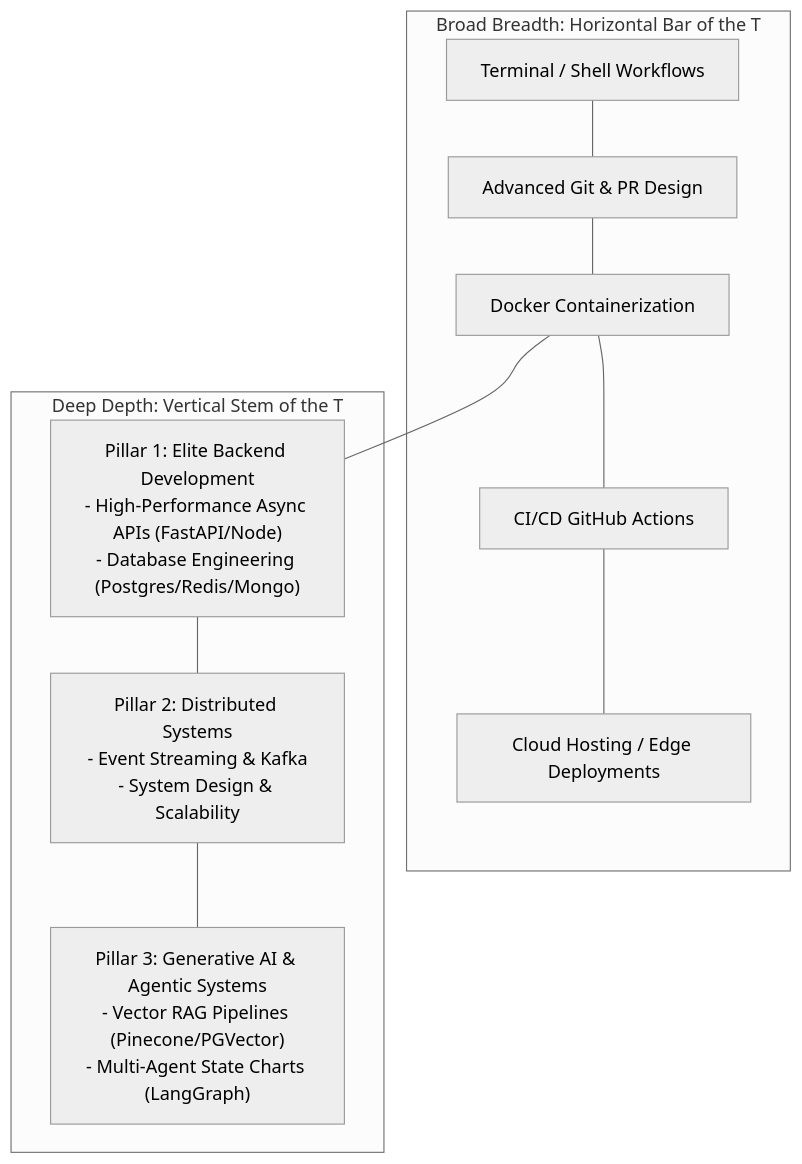
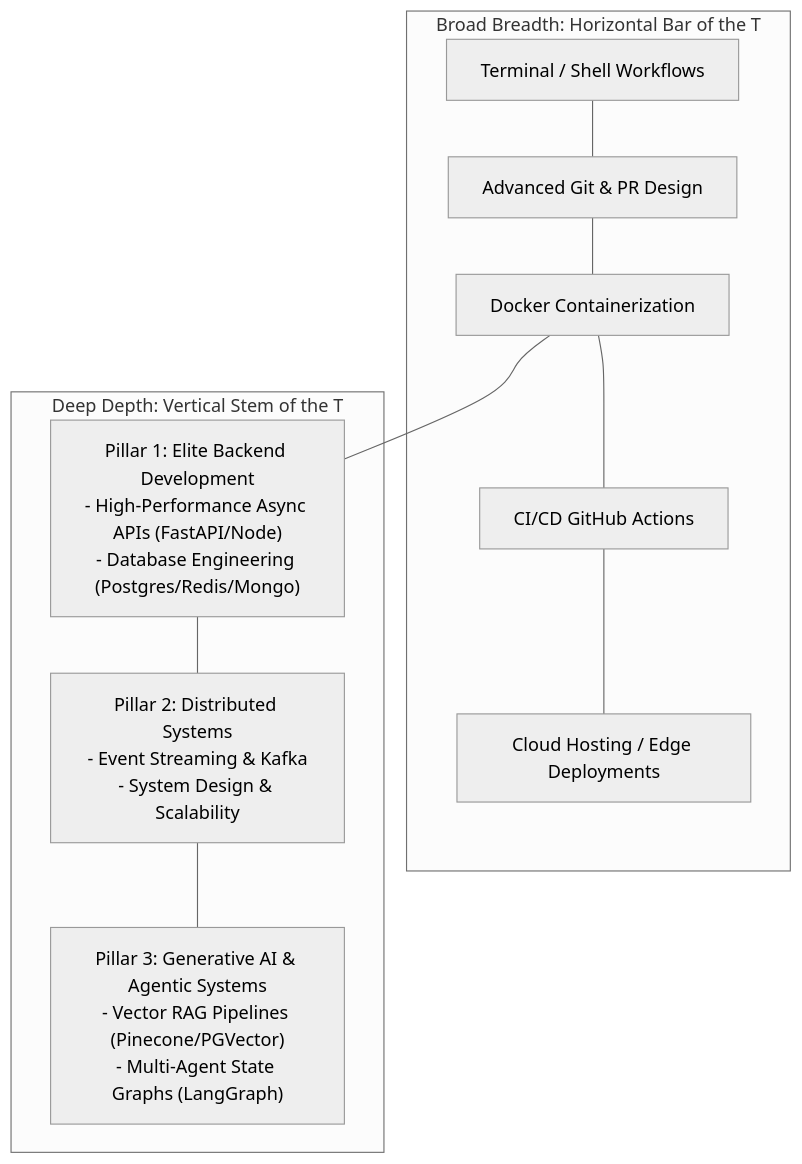
The diagram in src/content/blog/it-career-guide/index.mdx (chirag127/oriz-blog), drawn with Mermaid (neutral theme) before and after one commit. The commit also changed other lines of this file and 14 other files, not shown here.

````diff
--- a/src/content/blog/it-career-guide/index.mdx
+++ b/src/content/blog/it-career-guide/index.mdx
@@ -64,17 +53,17 @@
 ```mermaid
 graph TD
     subgraph Broad Breadth: Horizontal Bar of the T
     h1["Terminal / Shell Workflows"] --- h2["Advanced Git & PR Design"]
     h2 --- h3["Docker Containerization"]
     h3 --- h4["CI/CD GitHub Actions"]
     h4 --- h5["Cloud Hosting / Edge Deployments"]
     end
     subgraph Deep Depth: Vertical Stem of the T
     v1["Pillar 1: Elite Backend Development<br>- High-Performance Async APIs (FastAPI/Node)<br>- Database Engineering (Postgres/Redis/Mongo)"]
     v2["Pillar 2: Distributed Systems<br>- Event Streaming & Kafka<br>- System Design & Scalability"]
-    v3["Pillar 3: Generative AI & Agentic Systems<br>- Vector RAG Pipelines (Pinecone/PGVector)<br>- Multi-Agent State Charts (LangGraph)"]
+    v3["Pillar 3: Generative AI & Agentic Systems<br>- Vector RAG Pipelines (Pinecone/PGVector)<br>- Multi-Agent State Graphs (LangGraph)"]
     end
     h3 --- v1
     v1 --- v2
     v2 --- v3
 ```
````
